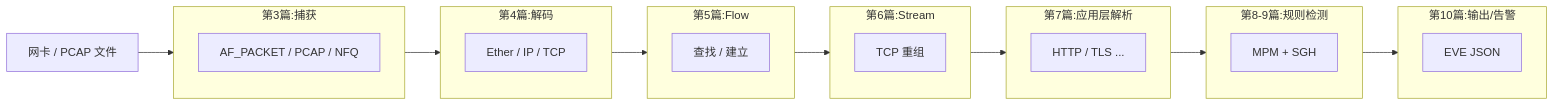
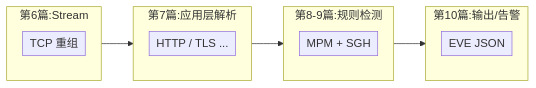
One commit to eazow/hexo changed the second of 2 diagrams in source/_posts/suricata/00-packet-journey-through-suricata.md. Above: the diagram before and after it, drawn with Mermaid. The commit also changed other lines of this file and 1 other file, not shown here.

Commit message:
feat: 优化code block，增加mermaid

````diff
--- a/source/_posts/suricata/00-packet-journey-through-suricata.md
+++ b/source/_posts/suricata/00-packet-journey-through-suricata.md
@@ -14,26 +30,17 @@
 ```mermaid
+%%{init: {"flowchart": {"nodeSpacing": 25, "rankSpacing": 45, "padding": 5, "useMaxWidth": true}}}%%
 flowchart LR
-    A["网卡 / PCAP 文件"] --> B
-    subgraph B["第3篇:捕获"]
-        B1["AF_PACKET / PCAP / NFQ"]
-    end
-    subgraph C["第4篇:解码"]
-        C1["Ether / IP / TCP"]
-    end
-    subgraph D["第5篇:Flow"]
-        D1["查找 / 建立"]
-    end
     subgraph E["第6篇:Stream"]
         E1["TCP 重组"]
     end
     subgraph F["第7篇:应用层解析"]
         F1["HTTP / TLS ..."]
     end
     subgraph G["第8-9篇:规则检测"]
         G1["MPM + SGH"]
     end
     subgraph H["第10篇:输出/告警"]
         H1["EVE JSON"]
     end
-    B --> C --> D --> E --> F --> G --> H
+    E --> F --> G --> H
 ```
````
